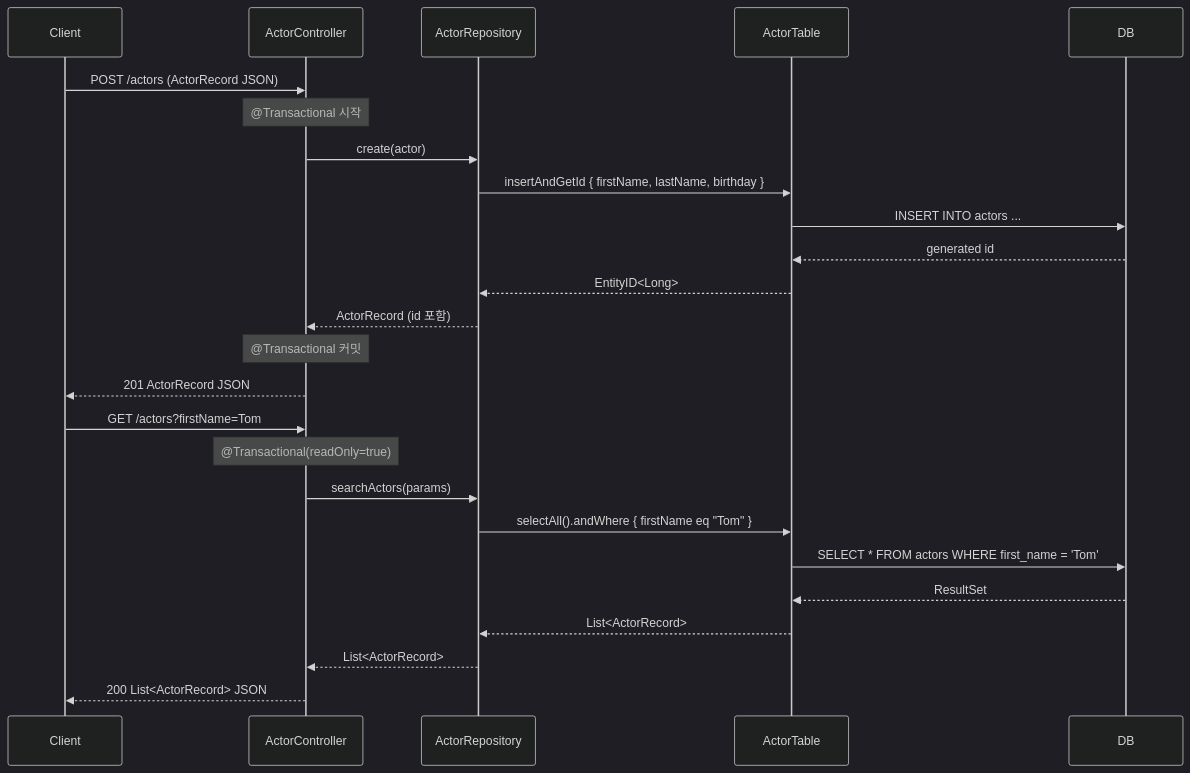
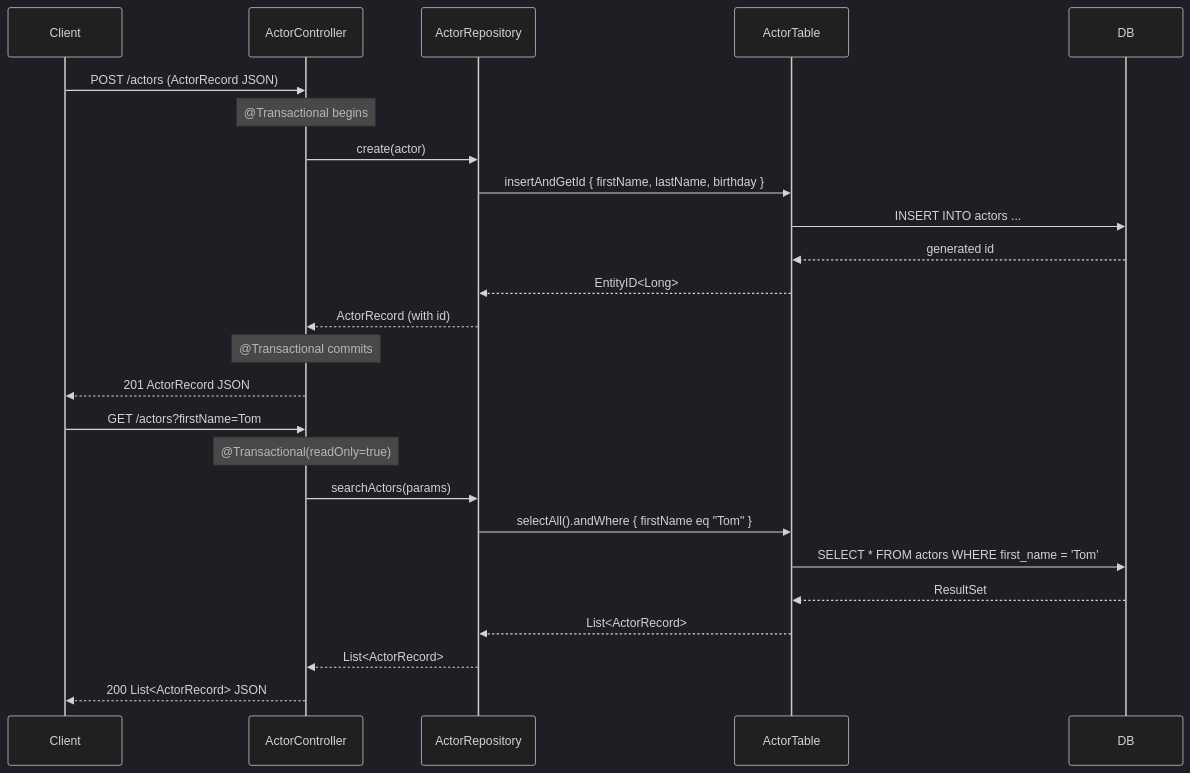
Before and after one commit to bluetape4k/exposed-workshop: the second of 3 diagrams in 01-spring-boot/spring-mvc-exposed/README.md, drawn with Mermaid (dark theme). The commit also changed other lines of this file and 115 other files, not shown here.

````diff
--- a/01-spring-boot/spring-mvc-exposed/README.md
+++ b/01-spring-boot/spring-mvc-exposed/README.md
@@ -176,27 +178,27 @@
 ```mermaid
 sequenceDiagram
     participant Client
     participant ActorController
     participant ActorRepository
     participant ActorTable
     participant DB
     Client ->> ActorController: POST /actors (ActorRecord JSON)
-    Note over ActorController: @Transactional 시작
+    Note over ActorController: @Transactional begins
     ActorController ->> ActorRepository: create(actor)
     ActorRepository ->> ActorTable: insertAndGetId { firstName, lastName, birthday }
     ActorTable ->> DB: INSERT INTO actors ...
     DB -->> ActorTable: generated id
     ActorTable -->> ActorRepository: EntityID<Long>
-    ActorRepository -->> ActorController: ActorRecord (id 포함)
-    Note over ActorController: @Transactional 커밋
+    ActorRepository -->> ActorController: ActorRecord (with id)
+    Note over ActorController: @Transactional commits
     ActorController -->> Client: 201 ActorRecord JSON
     Client ->> ActorController: GET /actors?firstName=Tom
     Note over ActorController: @Transactional(readOnly=true)
     ActorController ->> ActorRepository: searchActors(params)
     ActorRepository ->> ActorTable: selectAll().andWhere { firstName eq "Tom" }
     ActorTable ->> DB: SELECT * FROM actors WHERE first_name = 'Tom'
     DB -->> ActorTable: ResultSet
     ActorTable -->> ActorRepository: List<ActorRecord>
     ActorRepository -->> ActorController: List<ActorRecord>
     ActorController -->> Client: 200 List<ActorRecord> JSON
 ```
````
